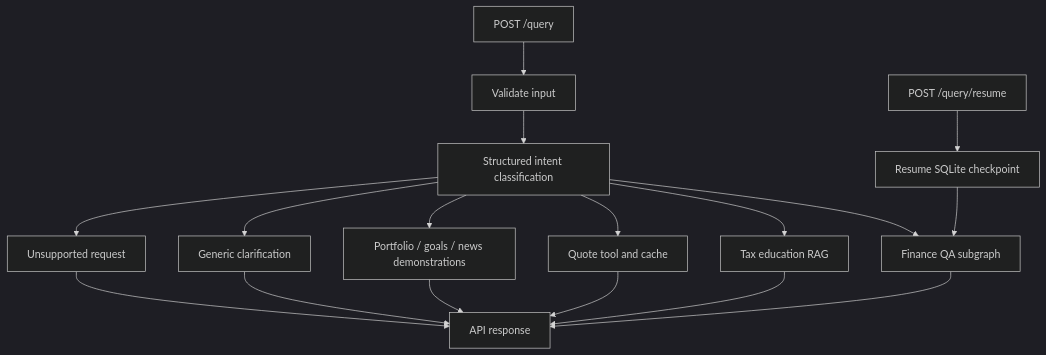
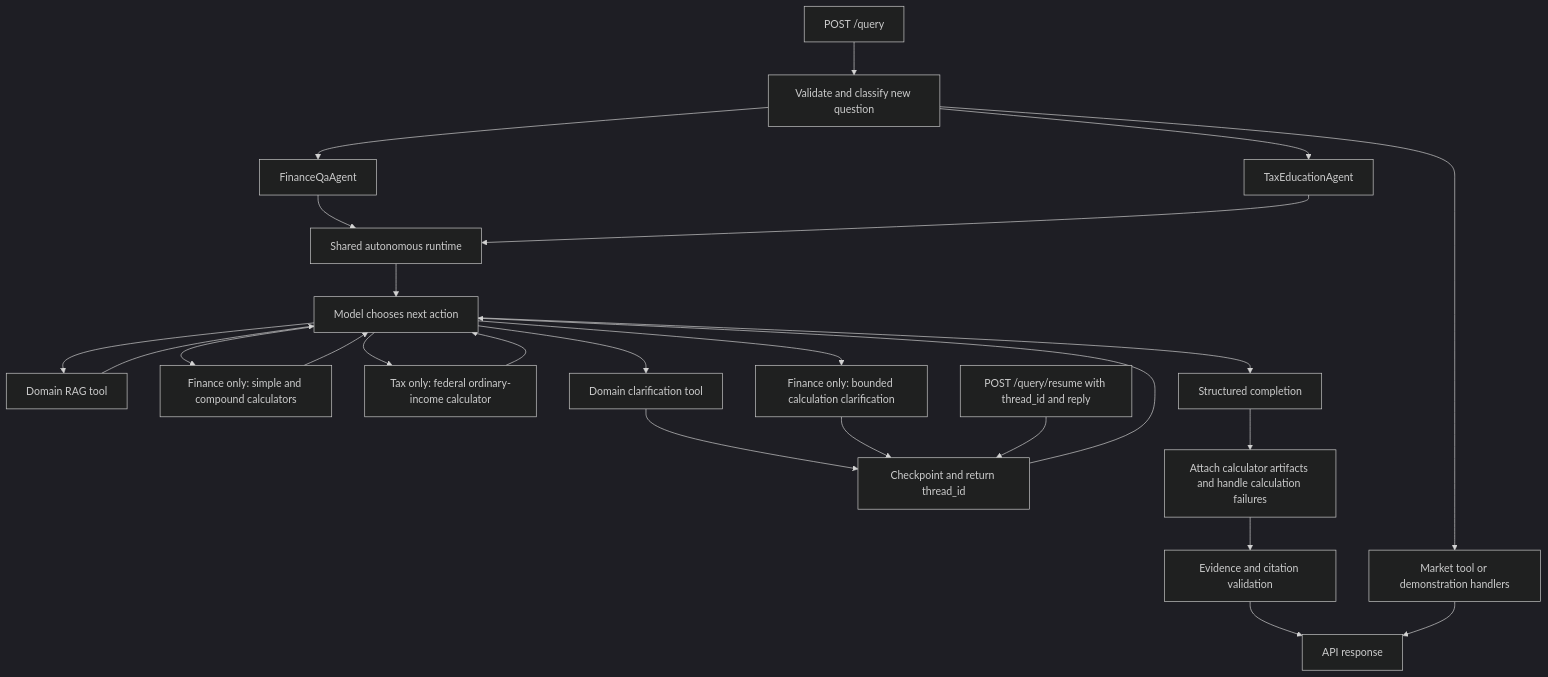
The first of 3 diagrams in README.md (vinodkandibilla/ai-finance-assistant), drawn with Mermaid (dark theme) before and after one commit. The commit also changed other lines of this file and 70 other files, not shown here.

Commit message:
Converted finance_qa and tax RAG modules to Agentic RAGs

````diff
--- a/README.md
+++ b/README.md
@@ -170,19 +210,27 @@
 ```mermaid
 flowchart TD
-    Request[POST /query] --> Validate[Validate input]
-    Validate --> Router[Structured intent classification]
-    Router --> Finance[Finance QA subgraph]
-    Router --> Tax[Tax education RAG]
-    Router --> Market[Quote tool and cache]
-    Router --> Demo[Portfolio / goals / news demonstrations]
-    Router --> Clarify[Generic clarification]
-    Router --> Other[Unsupported request]
-    Finance --> Response[API response]
-    Tax --> Response
-    Market --> Response
-    Demo --> Response
-    Clarify --> Response
+    Request[POST /query] --> Router[Validate and classify new question]
+    Router --> Finance[FinanceQaAgent]
+    Router --> Tax[TaxEducationAgent]
+    Router --> Other[Market tool or demonstration handlers]
+    Finance --> Runtime[Shared autonomous runtime]
+    Tax --> Runtime
+    Runtime --> Model[Model chooses next action]
+    Model --> Search[Domain RAG tool]
+    Search --> Model
+    Model --> FinanceCalc[Finance only: simple and compound calculators]
+    FinanceCalc --> Model
+    Model --> TaxCalc[Tax only: federal ordinary-income calculator]
+    TaxCalc --> Model
+    Model --> Clarify[Domain clarification tool]
+    Model --> CalcClarify[Finance only: bounded calculation clarification]
+    Clarify --> Pause[Checkpoint and return thread_id]
+    CalcClarify --> Pause
+    Resume[POST /query/resume with thread_id and reply] --> Pause
+    Pause --> Model
+    Model --> Result[Structured completion]
+    Result --> Adapt[Attach calculator artifacts and handle calculation failures]
+    Adapt --> Check[Evidence and citation validation]
+    Check --> Response[API response]
     Other --> Response
-    Resume[POST /query/resume] --> Checkpoint[Resume SQLite checkpoint]
-    Checkpoint --> Finance
 ```
````
